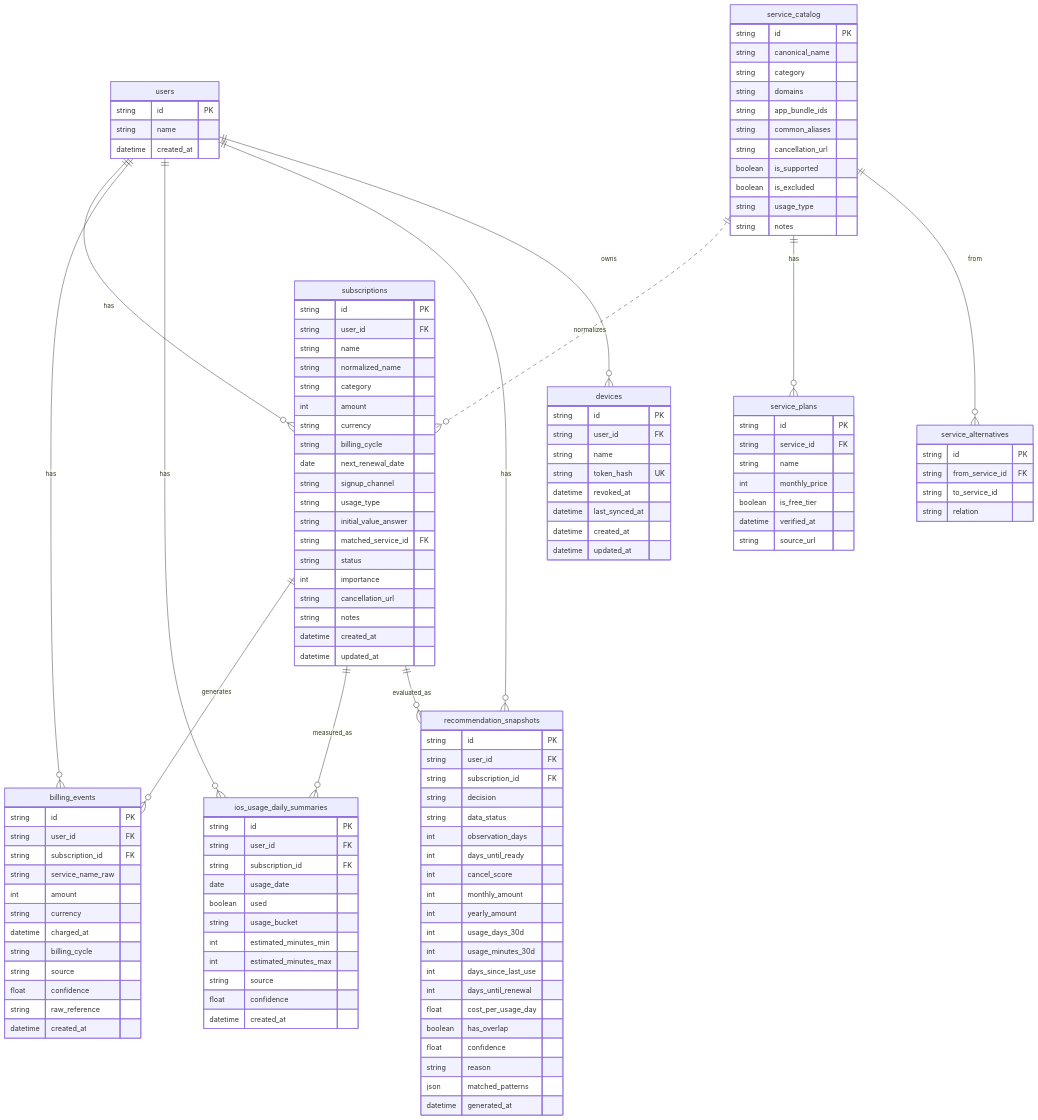
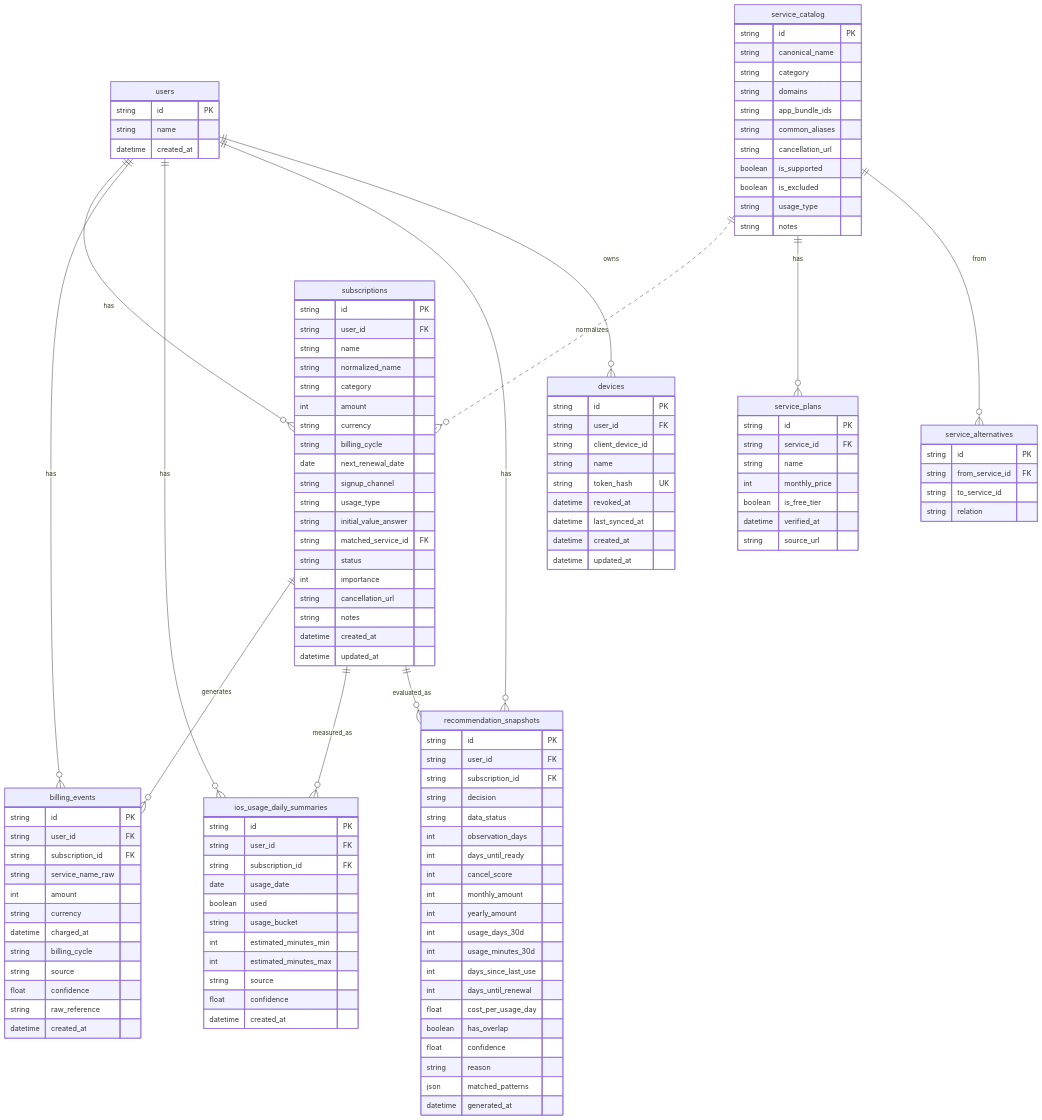
Before and after one commit to Shintaro-Abe/SubBuddy: the third of 7 diagrams in docs/functional-design.md, drawn with Mermaid. The commit also changed other lines of this file and 46 other files, not shown here.

```diff
--- a/docs/functional-design.md
+++ b/docs/functional-design.md
@@ -189,6 +189,7 @@
   devices {
     string id PK
     string user_id FK
+    string client_device_id
     string name
     string token_hash UK
     datetime revoked_at
```
